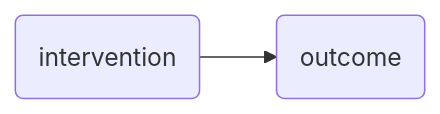
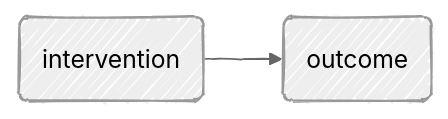
The first of 2 diagrams in be-less-wrong/be-less-wrong.qmd (agrogan1/closeread), drawn with Mermaid before and after one commit. The commit also changed other lines of this file and 2 other files, not shown here.

Commit message:
diagrams now have a "sketchy" look; clarified the role of colliders

````diff
--- a/be-less-wrong/be-less-wrong.qmd
+++ b/be-less-wrong/be-less-wrong.qmd
@@ -183,15 +183,21 @@
 ```{mermaid}
+---
+config:
+  look: handDrawn
+  theme: neutral
+---
+
 flowchart LR
 
   classDef yellow fill:#FFC20E,stroke:#000000,stroke-width:2px,color:#000000;
   
   classDef blue fill:#374EA2,stroke:#000000,stroke-width:2px,color:#FFFFFF;
   
   classDef green fill:#00833D,stroke:#000000,stroke-width:2px,color:#FFFFFF;
   
   classDef orange fill:#D86018,stroke:#000000,stroke-width:2px,color:#FFFFFF;
   
   classDef red fill:#9A3324,stroke:#000000,stroke-width:2px,color:#FFFFFF;
 
   intervention(intervention) --> outcome(outcome)
 ```
````
